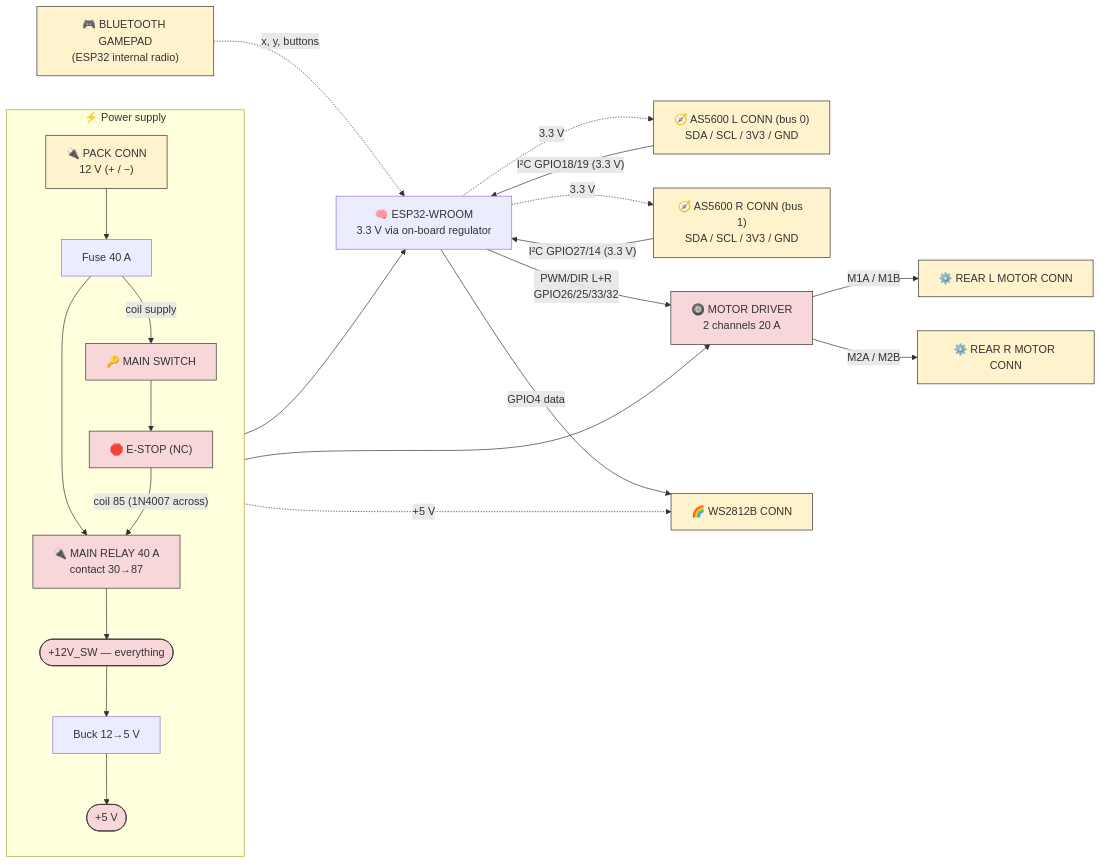
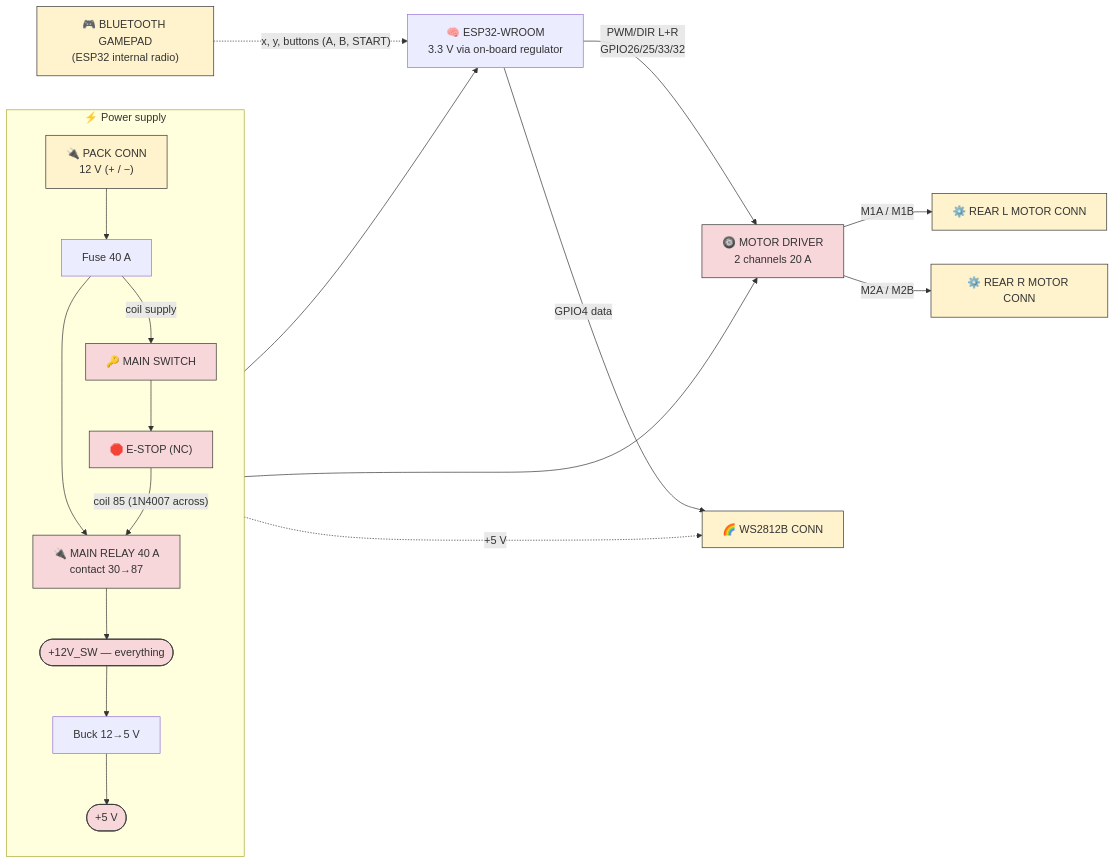
One commit to pinkymaxou/powered-soapbox-car changed the seventh of 9 diagrams in README.md. Above: the diagram before and after it, drawn with Mermaid. The commit also changed other lines of this file and 48 other files, not shown here.

````diff
--- a/README.md
+++ b/README.md
@@ -531,32 +548,28 @@
 ```mermaid
 flowchart LR
     subgraph PWR["⚡ Power supply"]
         direction TB
         PA["🔌 PACK CONN<br/>12 V (+ / −)"] --> FA["Fuse 40 A"] --> BR["🔌 MAIN RELAY 40 A<br/>contact 30→87"]
         FA -->|"coil supply"| MSW["🔑 MAIN SWITCH"] --> ESTOP["🛑 E-STOP (NC)"] -->|"coil 85 (1N4007 across)"| BR
         BR --> RAIL(["+12V_SW — everything"])
         RAIL --> BUCK["Buck 12→5 V"] --> V5(["+5 V"])
     end
 
     ESP["🧠 ESP32-WROOM<br/>3.3 V via on-board regulator"]
     V5 --> ESP
 
-    PAD["🎮 BLUETOOTH GAMEPAD<br/>(ESP32 internal radio)"] -.->|"x, y, buttons"| ESP
-    EG["🧭 AS5600 L CONN (bus 0)<br/>SDA / SCL / 3V3 / GND"] -->|"I²C GPIO18/19 (3.3 V)"| ESP
-    ED["🧭 AS5600 R CONN (bus 1)<br/>SDA / SCL / 3V3 / GND"] -->|"I²C GPIO27/14 (3.3 V)"| ESP
+    PAD["🎮 BLUETOOTH GAMEPAD<br/>(ESP32 internal radio)"] -.->|"x, y, buttons (A, B, START)"| ESP
 
     ESP -->|"PWM/DIR L+R<br/>GPIO26/25/33/32"| DRV["🛞 MOTOR DRIVER<br/>2 channels 20 A"]
     RAIL --> DRV
     DRV -->|"M1A / M1B"| MG["⚙️ REAR L MOTOR CONN"]
     DRV -->|"M2A / M2B"| MD["⚙️ REAR R MOTOR CONN"]
     ESP -->|"GPIO4 data"| WS["🌈 WS2812B CONN"]
 
     V5 -. "+5 V" .-> WS
-    ESP -. "3.3 V" .-> EG
-    ESP -. "3.3 V" .-> ED
 
     classDef pwr fill:#f8d7da,stroke:#333;
     classDef conn fill:#fff3cd,stroke:#333;
     class RAIL,V5,BR,MSW,ESTOP,DRV pwr;
-    class PA,PAD,EG,ED,MG,MD,WS conn;
+    class PA,PAD,MG,MD,WS conn;
 ```
````
